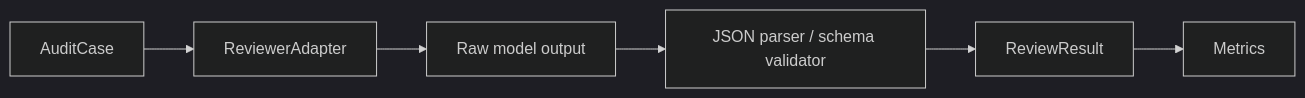
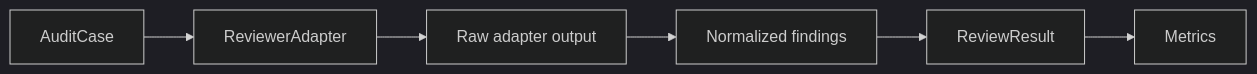
The second of 2 diagrams in docs/architecture.md (PrentendYan/genaiprj), drawn with Mermaid (dark theme) before and after one commit. The commit also changed other lines of this file and 13 other files, not shown here.

````diff
--- a/docs/architecture.md
+++ b/docs/architecture.md
@@ -73,8 +73,8 @@
 ```mermaid
 flowchart LR
     A["AuditCase"] --> B["ReviewerAdapter"]
-    B --> C["Raw model output"]
-    C --> D["JSON parser / schema validator"]
+    B --> C["Raw adapter output"]
+    C --> D["Normalized findings"]
     D --> E["ReviewResult"]
     E --> F["Metrics"]
 ```
````
